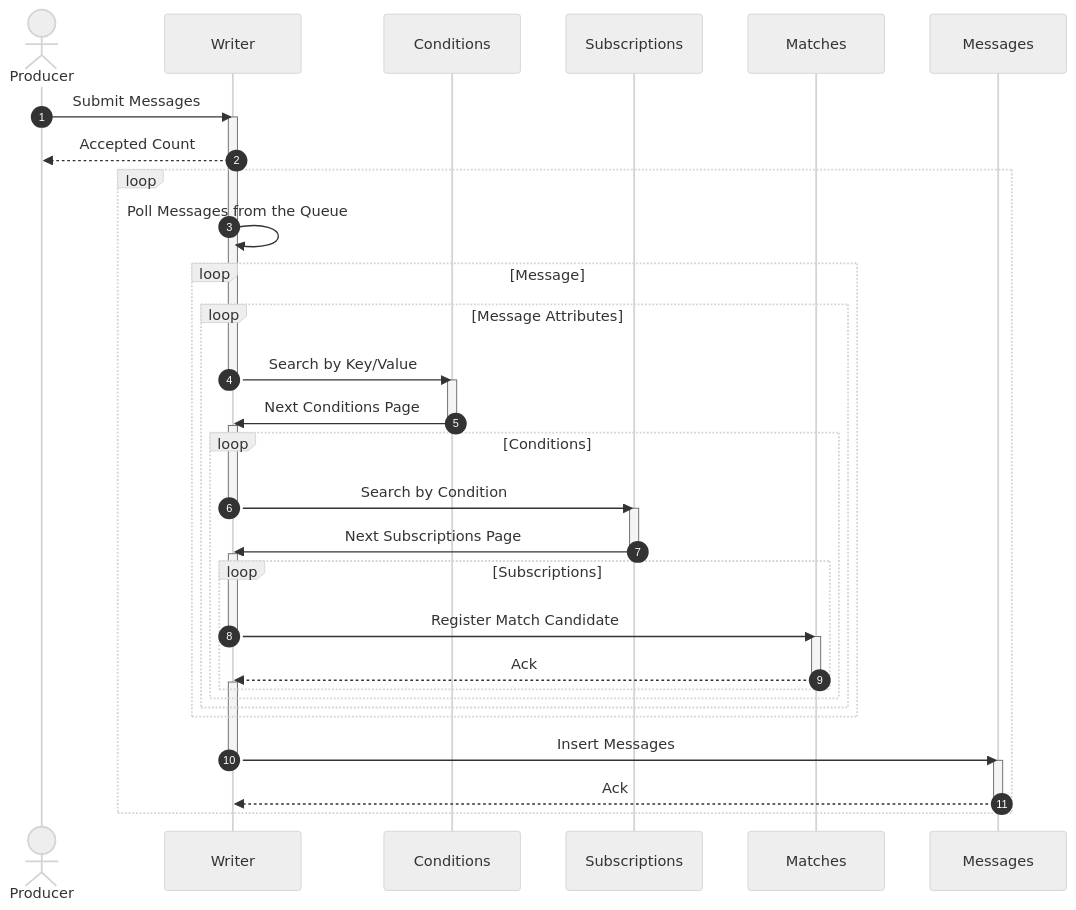
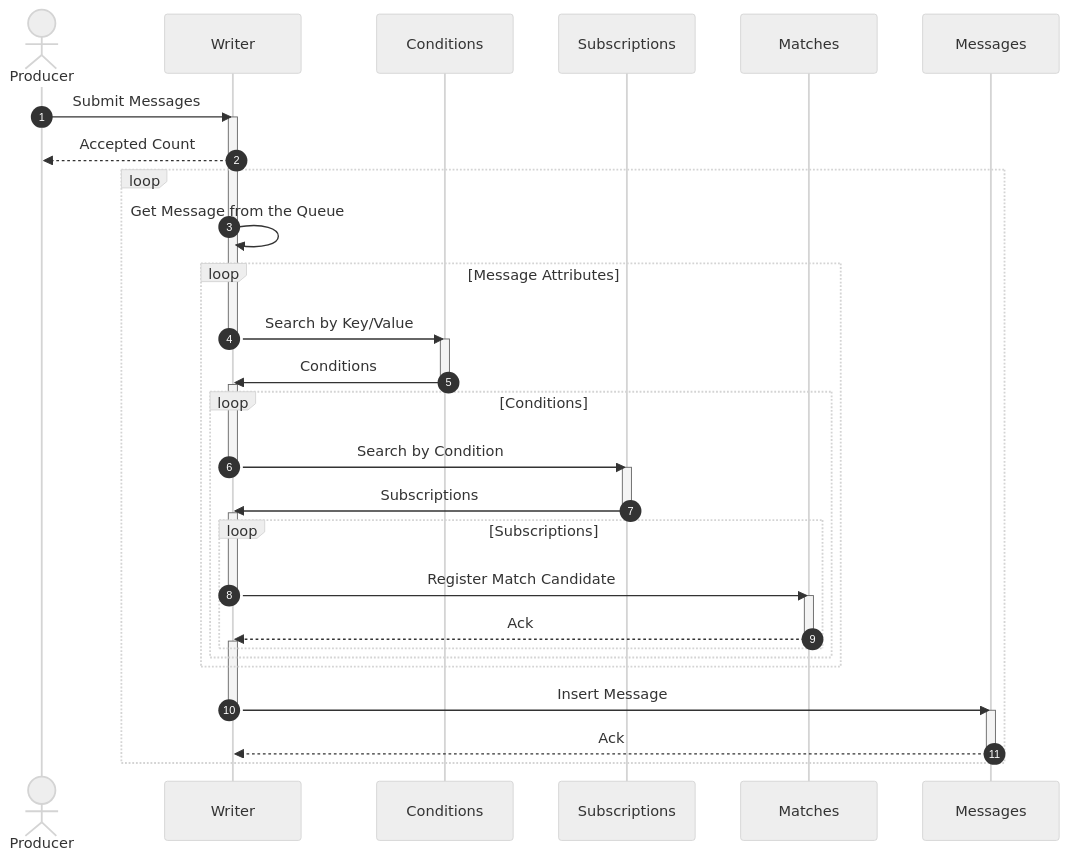
One commit to awakari/.github changed the first of 2 diagrams in profile/README.md. Above: the diagram before and after it, drawn with Mermaid. The commit also changed other lines of this file and 2 other files, not shown here.

Commit message:
readme update

````diff
--- a/profile/README.md
+++ b/profile/README.md
@@ -121,69 +121,67 @@
 ```mermaid
 %%{init: {'theme': 'neutral' } }%%
 sequenceDiagram
 
     autonumber
 
     actor Producer
     participant Writer
     participant Conditions
     participant Subscriptions
     participant Matches
     participant Messages
 
     Producer->>Writer: Submit Messages
     
     activate Writer
     Writer-->>Producer: Accepted Count
     
     loop
     
-        Writer->>Writer: Poll Messages from the Queue
-        loop Message
+        Writer->>Writer: Get Message from the Queue
         
-            loop Message Attributes
+        loop Message Attributes
+        
+            Writer->>Conditions: Search by Key/Value
+            deactivate Writer
             
-                Writer->>Conditions: Search by Key/Value
+            activate Conditions
+            Conditions->>Writer: Conditions
+            deactivate Conditions
+            
+            activate Writer
+            loop Conditions
+                
+                Writer->>Subscriptions: Search by Condition
                 deactivate Writer
                 
-                activate Conditions
-                Conditions->>Writer: Next Conditions Page
-                deactivate Conditions
+                activate Subscriptions
+                Subscriptions->>Writer: Subscriptions
+                deactivate Subscriptions
                 
                 activate Writer
-                loop Conditions
+                loop Subscriptions
                     
-                    Writer->>Subscriptions: Search by Condition
+                    Writer->>Matches: Register Match Candidate
                     deactivate Writer
                     
-                    activate Subscriptions
-                    Subscriptions->>Writer: Next Subscriptions Page
-                    deactivate Subscriptions
+                    activate Matches
+                    Matches-->>Writer: Ack
+                    deactivate Matches
                     
                     activate Writer
-                    loop Subscriptions
-                        
-                        Writer->>Matches: Register Match Candidate
-                        deactivate Writer
-                        
-                        activate Matches
-                        Matches-->>Writer: Ack
-                        deactivate Matches
-                        
-                        activate Writer
-                        
-                    end
+                    
                 end
             end
         end
         
-        Writer->>Messages: Insert Messages
+        Writer->>Messages: Insert Message
         deactivate Writer
         
         activate Messages
         Messages-->>Writer: Ack
         deactivate Messages
         
         activate Writer
     end
 ```
````
